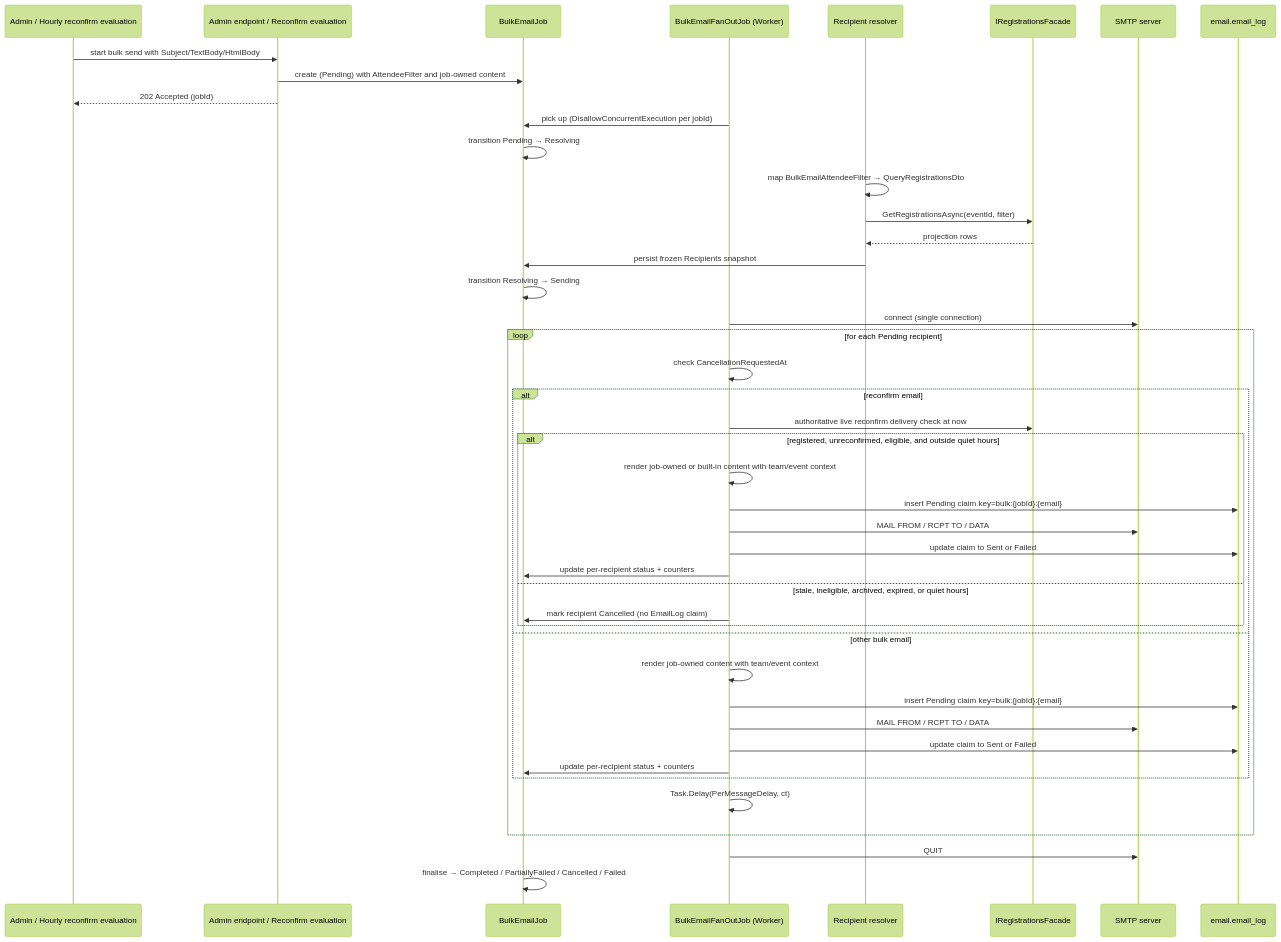
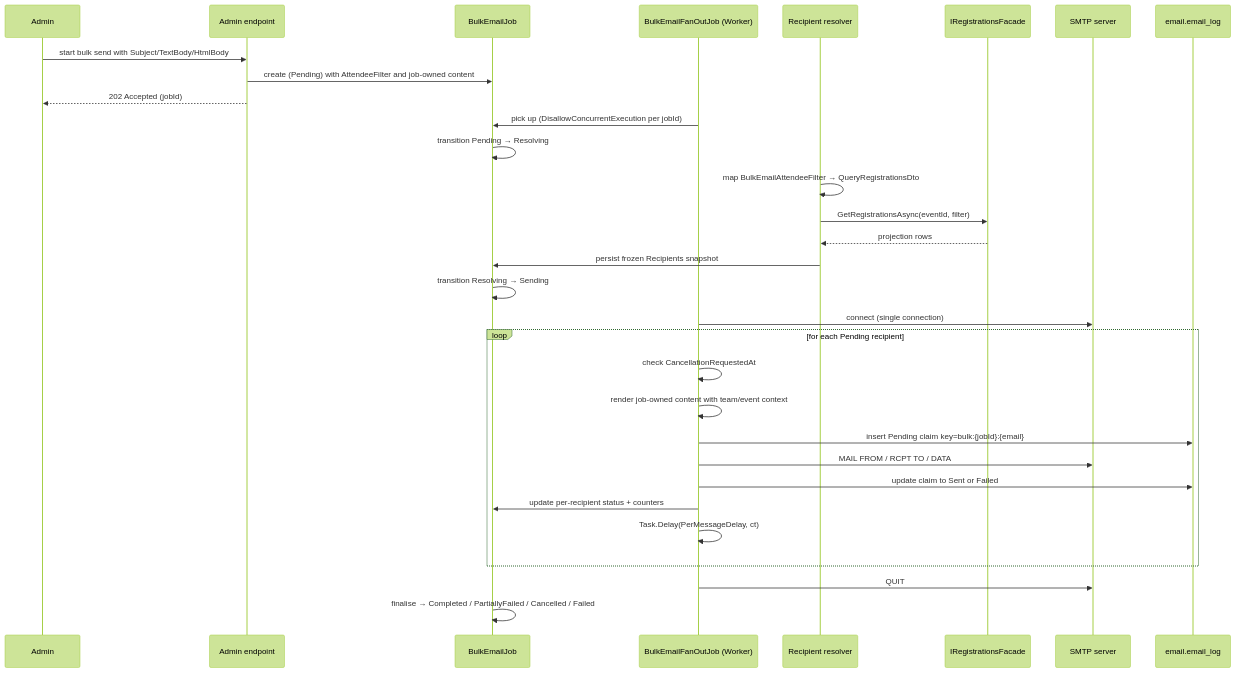
One commit to amolenk/Admitto changed the ninth of 12 diagrams in docs/arc42/06-runtime-view.md. Above: the diagram before and after it, drawn with Mermaid (forest theme). The commit also changed other lines of this file and 43 other files, not shown here.

````diff
--- a/docs/arc42/06-runtime-view.md
+++ b/docs/arc42/06-runtime-view.md
@@ -269,47 +269,34 @@
 ```mermaid
 sequenceDiagram
-    participant Admin as Admin / Hourly reconfirm evaluation
-    participant Endpoint as Admin endpoint / Reconfirm evaluation
+    participant Admin as Admin
+    participant Endpoint as Admin endpoint
     participant Job as BulkEmailJob
     participant FanOut as BulkEmailFanOutJob (Worker)
     participant Resolver as Recipient resolver
     participant Facade as IRegistrationsFacade
     participant SMTP as SMTP server
     participant EmailLog as email.email_log
 
     Admin->>Endpoint: start bulk send with Subject/TextBody/HtmlBody
     Endpoint->>Job: create (Pending) with AttendeeFilter and job-owned content
     Endpoint-->>Admin: 202 Accepted (jobId)
     FanOut->>Job: pick up (DisallowConcurrentExecution per jobId)
     Job->>Job: transition Pending → Resolving
     Resolver->>Resolver: map BulkEmailAttendeeFilter → QueryRegistrationsDto
     Resolver->>Facade: GetRegistrationsAsync(eventId, filter)
     Facade-->>Resolver: projection rows
     Resolver->>Job: persist frozen Recipients snapshot
     Job->>Job: transition Resolving → Sending
     FanOut->>SMTP: connect (single connection)
     loop for each Pending recipient
       FanOut->>FanOut: check CancellationRequestedAt
-      alt reconfirm email
-        FanOut->>Facade: authoritative live reconfirm delivery check at now
-        alt registered, unreconfirmed, eligible, and outside quiet hours
-          FanOut->>FanOut: render job-owned or built-in content with team/event context
-          FanOut->>EmailLog: insert Pending claim key=bulk:{jobId}:{email}
-          FanOut->>SMTP: MAIL FROM / RCPT TO / DATA
-          FanOut->>EmailLog: update claim to Sent or Failed
-          FanOut->>Job: update per-recipient status + counters
-        else stale, ineligible, archived, expired, or quiet hours
-          FanOut->>Job: mark recipient Cancelled (no EmailLog claim)
-        end
-      else other bulk email
-        FanOut->>FanOut: render job-owned content with team/event context
-        FanOut->>EmailLog: insert Pending claim key=bulk:{jobId}:{email}
-        FanOut->>SMTP: MAIL FROM / RCPT TO / DATA
-        FanOut->>EmailLog: update claim to Sent or Failed
-        FanOut->>Job: update per-recipient status + counters
-      end
+      FanOut->>FanOut: render job-owned content with team/event context
+      FanOut->>EmailLog: insert Pending claim key=bulk:{jobId}:{email}
+      FanOut->>SMTP: MAIL FROM / RCPT TO / DATA
+      FanOut->>EmailLog: update claim to Sent or Failed
+      FanOut->>Job: update per-recipient status + counters
       FanOut->>FanOut: Task.Delay(PerMessageDelay, ct)
     end
     FanOut->>SMTP: QUIT
     Job->>Job: finalise → Completed / PartiallyFailed / Cancelled / Failed
 ```
````
